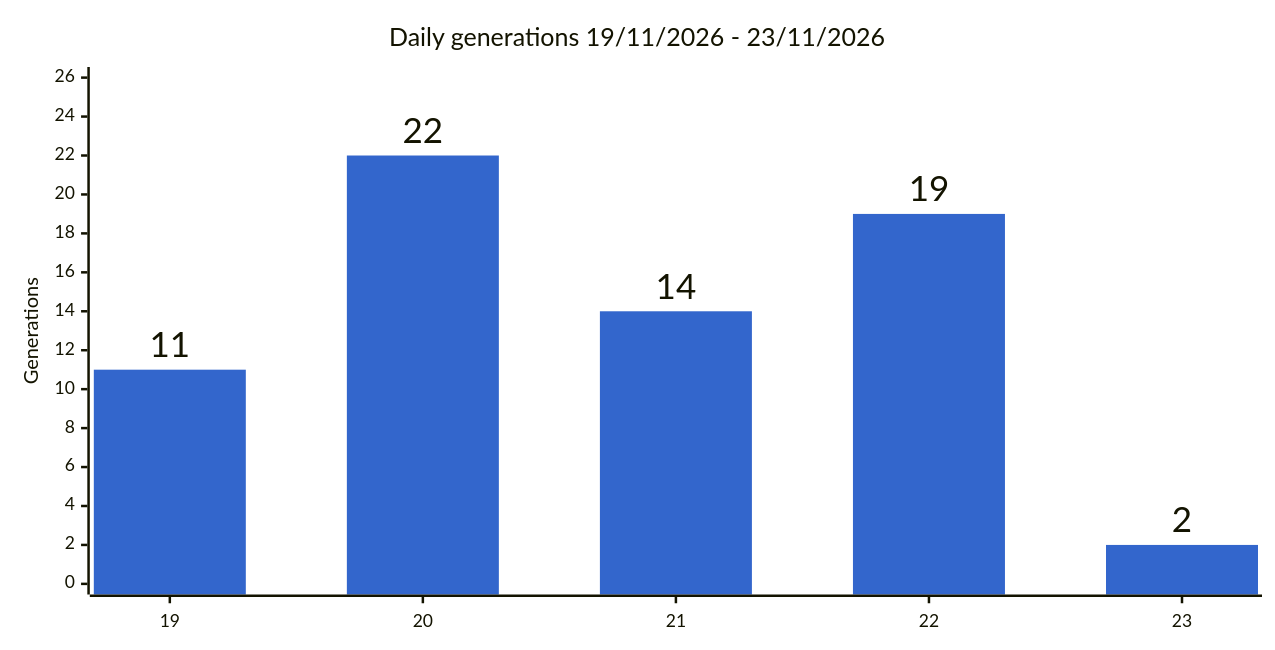
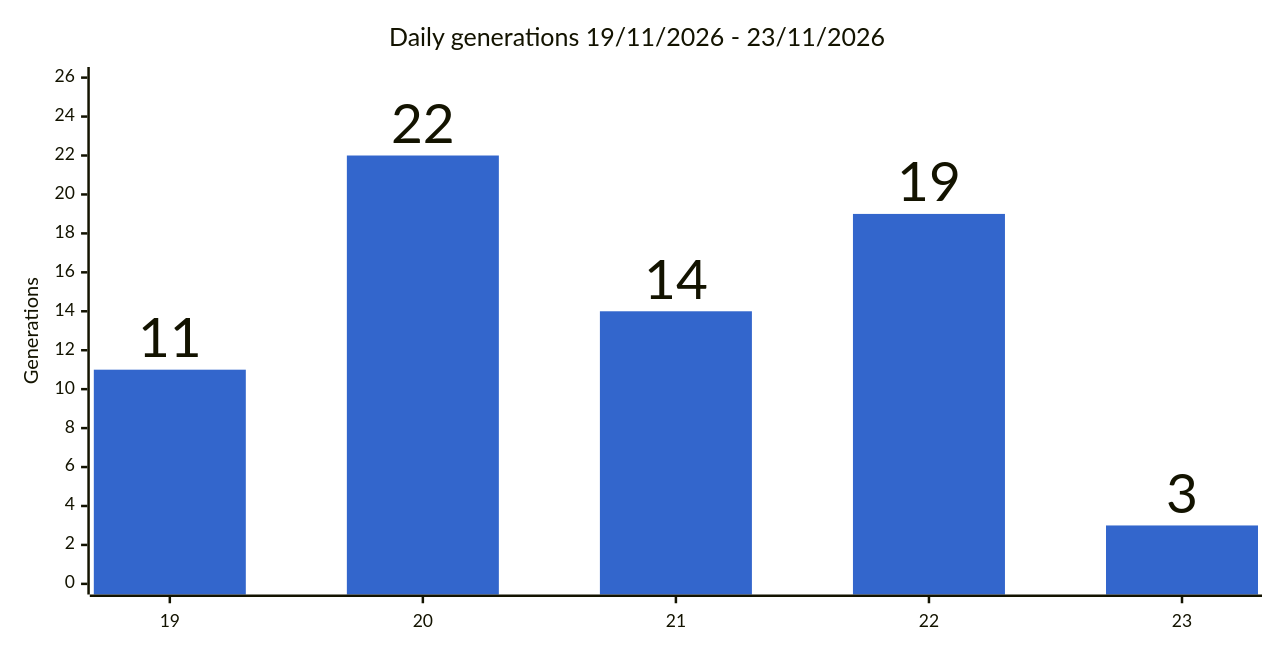
One commit to gmoulard/wikipedia2book changed the second of 4 diagrams in docs/stats.md. Above: the diagram before and after it, drawn with Mermaid. The commit also changed other lines of this file and 2 other files, not shown here.

````diff
--- a/docs/stats.md
+++ b/docs/stats.md
@@ -32,8 +32,8 @@
 ```mermaid
 %%{init: {"xyChart": {"width": 1000, "showDataLabel": true, "showDataLabelOutsideBar": true}, "themeVariables": {"xyChart": {"plotColorPalette": "#3366cc"}}}}%%
 xychart-beta
     title "Daily generations 19/11/2026 - 23/11/2026"
     x-axis ["19", "20", "21", "22", "23"]
     y-axis "Generations" 0 --> 26
-    bar [11, 22, 14, 19, 2]
+    bar [11, 22, 14, 19, 3]
 ```
````
